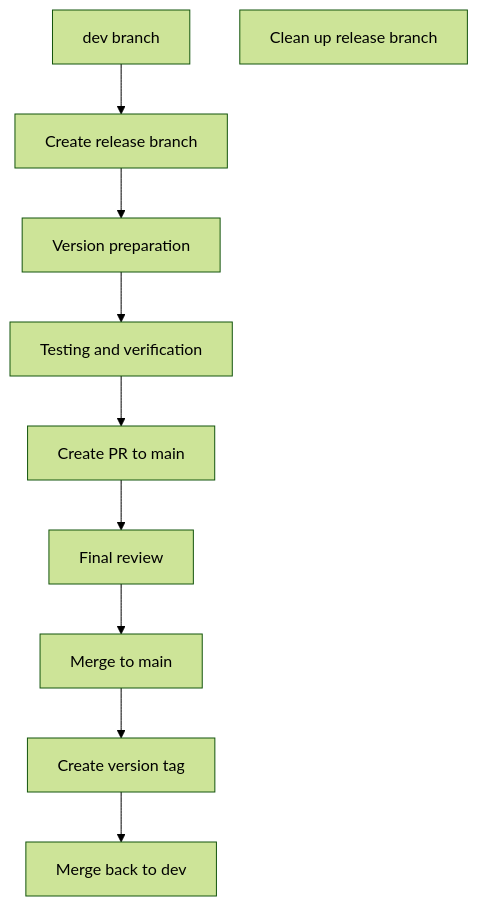
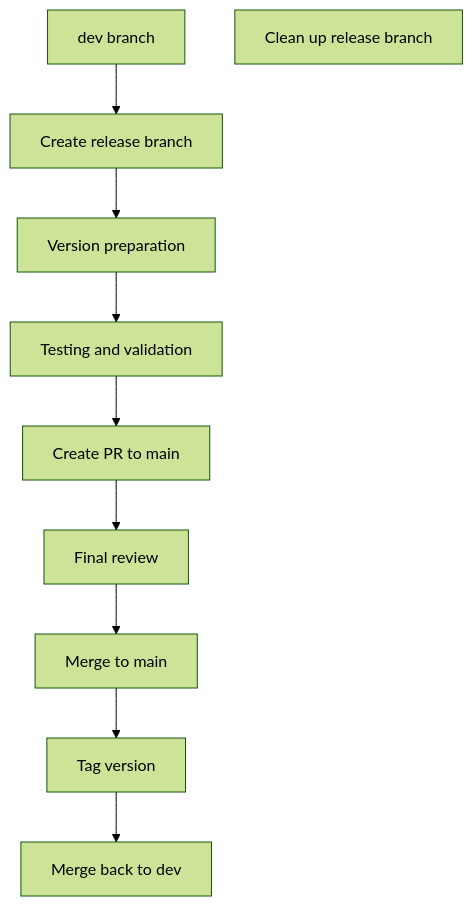
One commit to ChenXu233/YaoXiang changed the third of 3 diagrams in docs/src/en/dev/branch-maintenance-guide.md. Above: the diagram before and after it, drawn with Mermaid (forest theme). The commit also changed other lines of this file and 163 other files, not shown here.

````diff
--- a/docs/src/en/dev/branch-maintenance-guide.md
+++ b/docs/src/en/dev/branch-maintenance-guide.md
@@ -182,12 +181,12 @@
 ```mermaid
 graph TD
     A[dev branch] --> B[Create release branch]
     B --> C[Version preparation]
-    C --> D[Testing and verification]
+    C --> D[Testing and validation]
     D --> E[Create PR to main]
     E --> F[Final review]
     F --> G[Merge to main]
-    G --> H[Create version tag]
+    G --> H[Tag version]
     H --> I[Merge back to dev]
     J[Clean up release branch]
 ```
````
